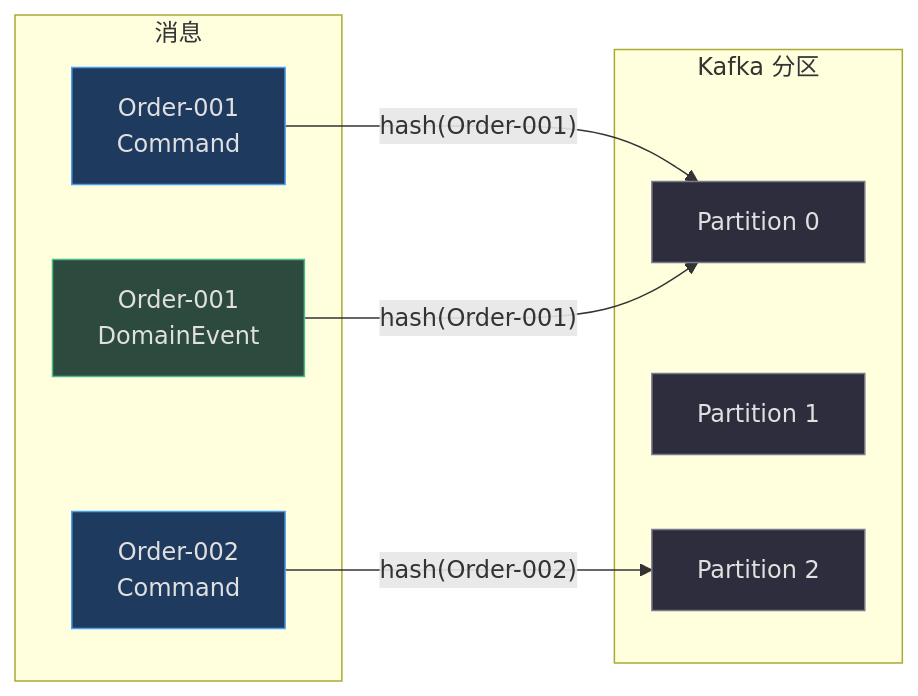
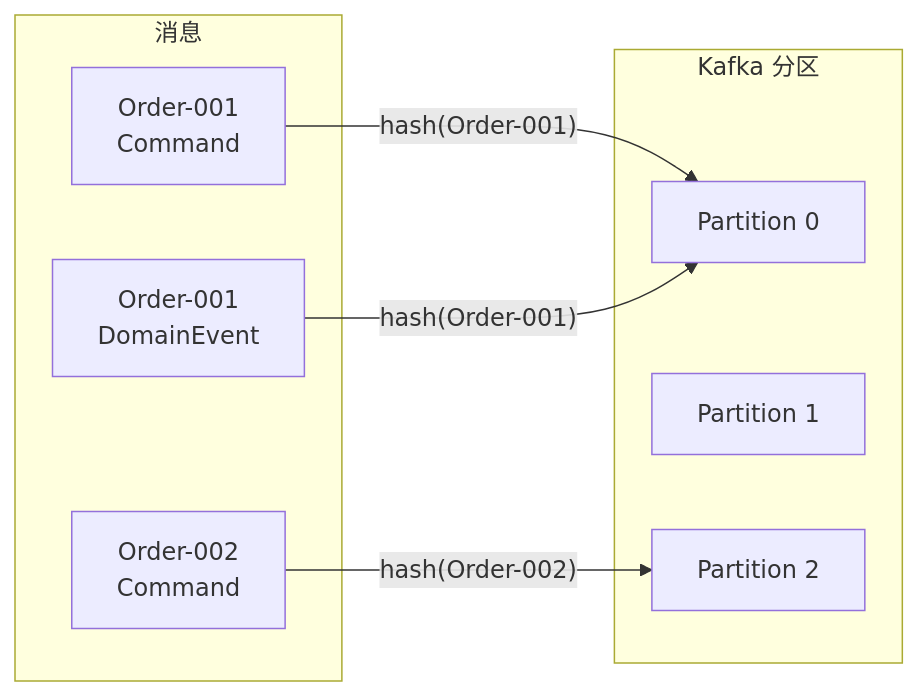
Before and after one commit to Ahoo-Wang/Wow: the fourth of 5 diagrams in documentation/docs/zh/deep-dive/integrations/kafka.md, drawn with Mermaid. The commit also changed other lines of this file and 32 other files, not shown here.

Commit message:
docs: remove unsupported style/classDef directives from stateDiagram-v2 Mermaid blocks

````diff
--- a/documentation/docs/zh/deep-dive/integrations/kafka.md
+++ b/documentation/docs/zh/deep-dive/integrations/kafka.md
@@ -209,23 +203,17 @@
 ```mermaid
 flowchart LR
     subgraph Messages["消息"]
         C1["Order-001<br>Command"]
         C2["Order-002<br>Command"]
         E1["Order-001<br>DomainEvent"]
     end
     subgraph Partitions["Kafka 分区"]
         P0["Partition 0"]
         P1["Partition 1"]
         P2["Partition 2"]
     end
     C1 -->|"hash(Order-001)"| P0
     C2 -->|"hash(Order-002)"| P2
     E1 -->|"hash(Order-001)"| P0
 
-    style C1 fill:#1e3a5f,stroke:#4a9eed,color:#e0e0e0
-    style C2 fill:#1e3a5f,stroke:#4a9eed,color:#e0e0e0
-    style E1 fill:#2d4a3e,stroke:#4aba8a,color:#e0e0e0
-    style P0 fill:#2d2d3d,stroke:#7a7a8a,color:#e0e0e0
-    style P1 fill:#2d2d3d,stroke:#7a7a8a,color:#e0e0e0
-    style P2 fill:#2d2d3d,stroke:#7a7a8a,color:#e0e0e0
 ```
````
